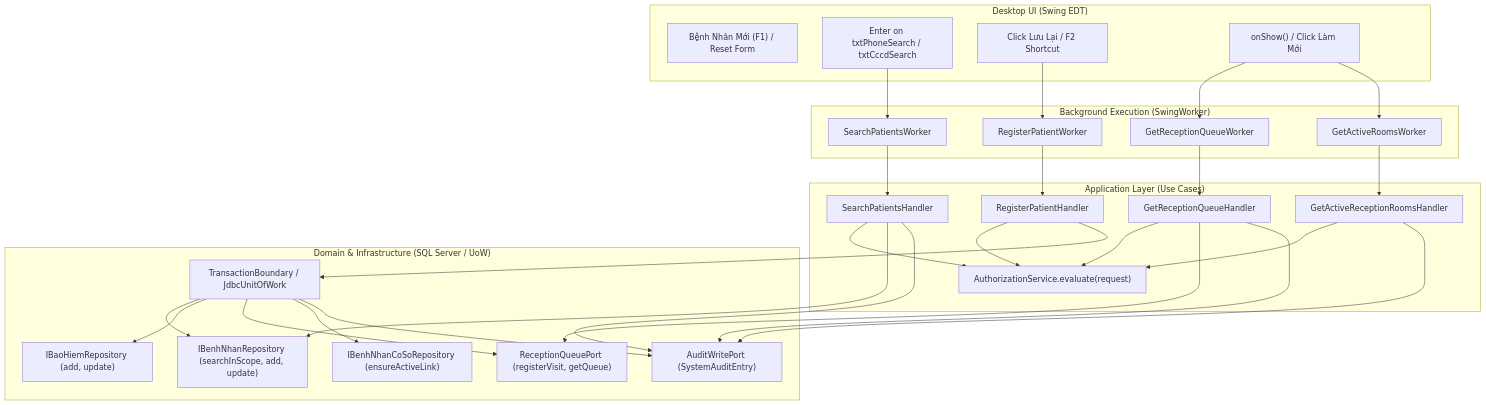
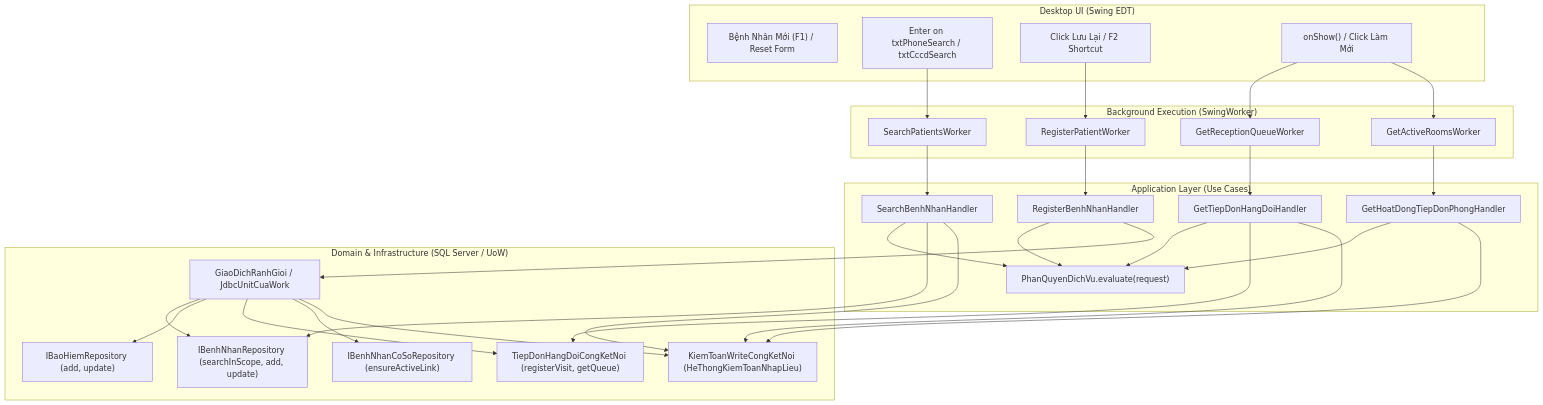
One commit to jtuongdang/clinic_desktop changed the first of 2 diagrams in docs/ke-hoach-trien-khai/desktop-main-reception-wiring-review.md. Above: the diagram before and after it, drawn with Mermaid. The commit also changed other lines of this file and 1327 other files, not shown here.

````diff
--- a/docs/ke-hoach-trien-khai/desktop-main-reception-wiring-review.md
+++ b/docs/ke-hoach-trien-khai/desktop-main-reception-wiring-review.md
@@ -89,58 +89,58 @@
 ```mermaid
 flowchart TD
     subgraph UI ["Desktop UI (Swing EDT)"]
         F1["Bệnh Nhân Mới (F1) / Reset Form"]
         Search["Enter on txtPhoneSearch / txtCccdSearch"]
         Save["Click Lưu Lại / F2 Shortcut"]
         Refresh["onShow() / Click Làm Mới"]
     end
 
     subgraph Worker ["Background Execution (SwingWorker)"]
         W_Search["SearchPatientsWorker"]
         W_Save["RegisterPatientWorker"]
         W_Queue["GetReceptionQueueWorker"]
         W_Rooms["GetActiveRoomsWorker"]
     end
 
     subgraph App ["Application Layer (Use Cases)"]
-        Authz["AuthorizationService.evaluate(request)"]
-        H_Search["SearchPatientsHandler"]
-        H_Save["RegisterPatientHandler"]
-        H_Queue["GetReceptionQueueHandler"]
-        H_Rooms["GetActiveReceptionRoomsHandler"]
+        Authz["PhanQuyenDichVu.evaluate(request)"]
+        H_Search["SearchBenhNhanHandler"]
+        H_Save["RegisterBenhNhanHandler"]
+        H_Queue["GetTiepDonHangDoiHandler"]
+        H_Rooms["GetHoatDongTiepDonPhongHandler"]
     end
 
     subgraph DomainInfra ["Domain & Infrastructure (SQL Server / UoW)"]
-        Tx["TransactionBoundary / JdbcUnitOfWork"]
+        Tx["GiaoDichRanhGioi / JdbcUnitCuaWork"]
         Repo_P["IBenhNhanRepository (searchInScope, add, update)"]
         Repo_B["IBaoHiemRepository (add, update)"]
-        Repo_Q["ReceptionQueuePort (registerVisit, getQueue)"]
+        Repo_Q["TiepDonHangDoiCongKetNoi (registerVisit, getQueue)"]
         Repo_L["IBenhNhanCoSoRepository (ensureActiveLink)"]
-        Audit["AuditWritePort (SystemAuditEntry)"]
+        Audit["KiemToanWriteCongKetNoi (HeThongKiemToanNhapLieu)"]
     end
 
     Search --> W_Search --> H_Search
     Save --> W_Save --> H_Save
     Refresh --> W_Queue --> H_Queue
     Refresh --> W_Rooms --> H_Rooms
 
     H_Search --> Authz
     H_Save --> Authz
     H_Queue --> Authz
     H_Rooms --> Authz
 
     H_Search --> Repo_P
     H_Search --> Audit
 
     H_Save --> Tx
     Tx --> Repo_P
     Tx --> Repo_B
     Tx --> Repo_Q
     Tx --> Repo_L
     Tx --> Audit
 
     H_Queue --> Repo_Q
     H_Queue --> Audit
 
     H_Rooms --> Audit
 ```
````
